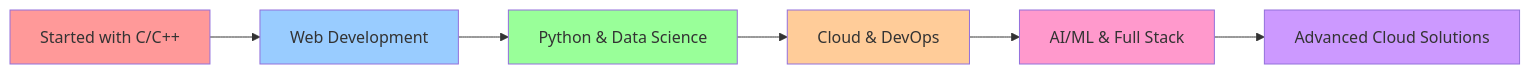
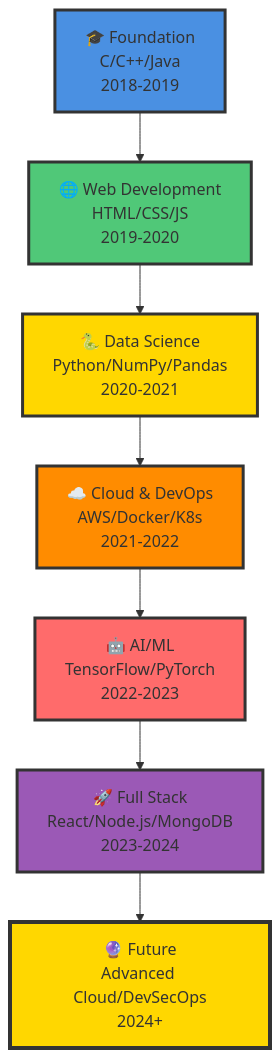
One commit to M-RajaBabu/M-RajaBabu changed the diagram in README.md. Above: the diagram before and after it, drawn with Mermaid. The commit also changed other lines of this file, not shown here.

Commit message:
Enhanced Tech Journey section with timeline table, visual journey map, milestones, and focus areas badges

````diff
--- a/README.md
+++ b/README.md
@@ -32,15 +55,17 @@
 ```mermaid
-graph LR
-    A[Started with C/C++] --> B[Web Development]
-    B --> C[Python & Data Science]
-    C --> D[Cloud & DevOps]
-    D --> E[AI/ML & Full Stack]
-    E --> F[Advanced Cloud Solutions]
+graph TD
+    A[🎓 Foundation<br/>C/C++/Java<br/>2018-2019] --> B[🌐 Web Development<br/>HTML/CSS/JS<br/>2019-2020]
+    B --> C[🐍 Data Science<br/>Python/NumPy/Pandas<br/>2020-2021]
+    C --> D[☁️ Cloud & DevOps<br/>AWS/Docker/K8s<br/>2021-2022]
+    D --> E[🤖 AI/ML<br/>TensorFlow/PyTorch<br/>2022-2023]
+    E --> F[🚀 Full Stack<br/>React/Node.js/MongoDB<br/>2023-2024]
+    F --> G[🔮 Future<br/>Advanced Cloud/DevSecOps<br/>2024+]
     
-    style A fill:#ff9999
-    style B fill:#99ccff
-    style C fill:#99ff99
-    style D fill:#ffcc99
-    style E fill:#ff99cc
-    style F fill:#cc99ff
+    style A fill:#4A90E2,stroke:#333,stroke-width:3px
+    style B fill:#50C878,stroke:#333,stroke-width:3px
+    style C fill:#FFD700,stroke:#333,stroke-width:3px
+    style D fill:#FF8C00,stroke:#333,stroke-width:3px
+    style E fill:#FF6B6B,stroke:#333,stroke-width:3px
+    style F fill:#9B59B6,stroke:#333,stroke-width:3px
+    style G fill:#FFD700,stroke:#333,stroke-width:4px
 ```
````
